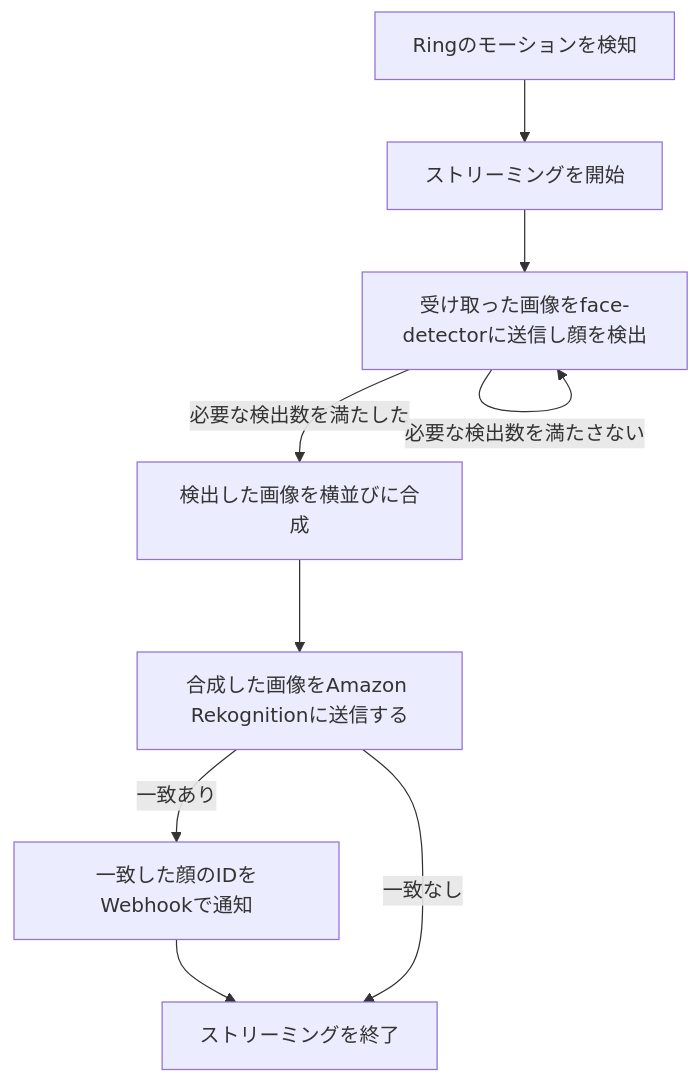
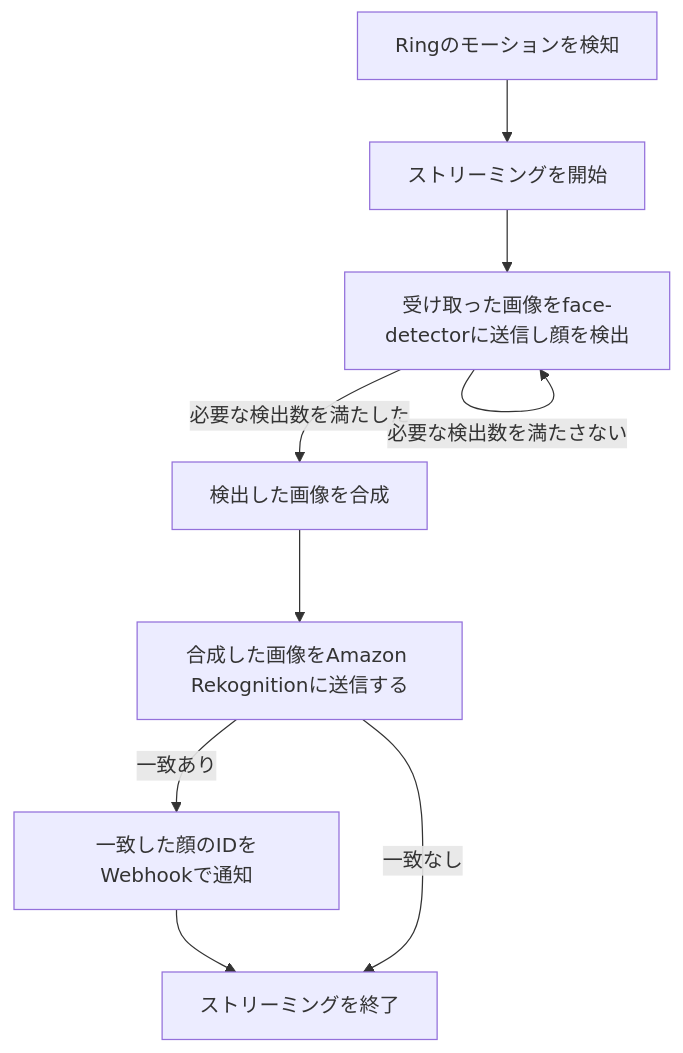
One commit to nana4rider/ring-face-recognition changed the diagram in README.md. Above: the diagram before and after it, drawn with Mermaid.

Commit message:
fix: document

````diff
--- a/README.md
+++ b/README.md
@@ -7,11 +7,11 @@
 ```mermaid
 graph TD
     motion[Ringのモーションを検知] --> startStream[ストリーミングを開始]
     startStream --> detectFace[受け取った画像をface-detectorに送信し顔を検出]
-    detectFace -->|必要な検出数を満たした| composeImages[検出した画像を横並びに合成]
+    detectFace -->|必要な検出数を満たした| composeImages[検出した画像を合成]
     detectFace -->|必要な検出数を満たさない| detectFace
     composeImages --> recognizeFace[合成した画像をAmazon Rekognitionに送信する]
     recognizeFace -->|一致あり| triggerWebhook[一致した顔のIDをWebhookで通知]
     triggerWebhook -->stopStream
     recognizeFace -->|一致なし| stopStream[ストリーミングを終了]
 ```
````
